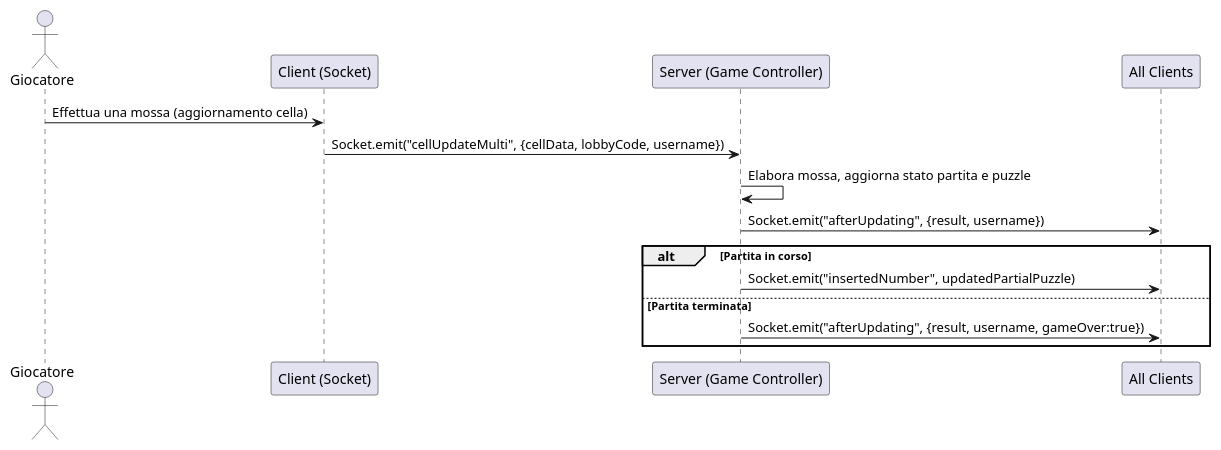
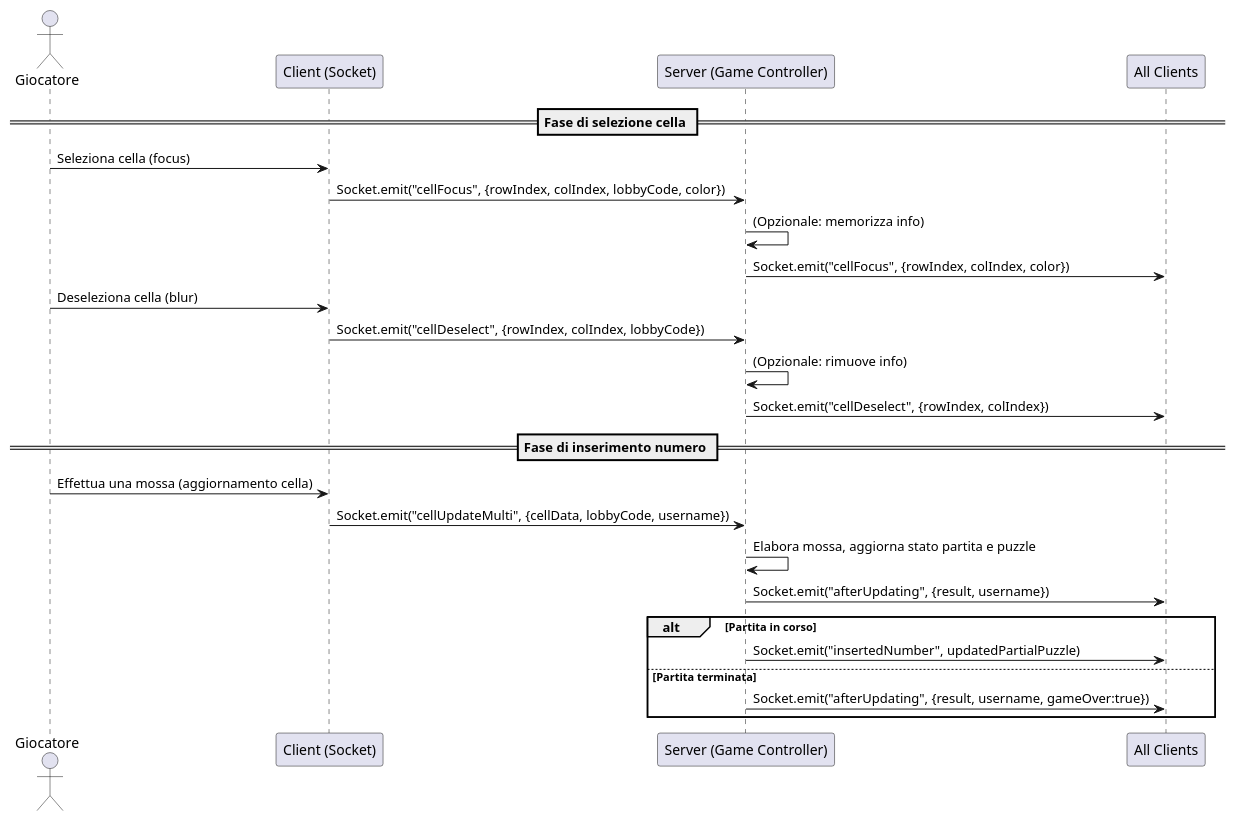
The diagram in sudokoop/UMLs/multiplayerGameFlow.puml (alexsiroli/Sudokoop), drawn with PlantUML before and after one commit. The commit also changed 1 other file, not shown here.

```diff
--- a/sudokoop/UMLs/multiplayerGameFlow.puml
+++ b/sudokoop/UMLs/multiplayerGameFlow.puml
@@ -1,16 +1,29 @@
 @startuml MultiplayerGameFlow
 actor "Giocatore" as P
 participant "Client (Socket)" as C
 participant "Server (Game Controller)" as S
 participant "All Clients" as AC
 
+== Fase di selezione cella ==
+P -> C : Seleziona cella (focus)
+C -> S : Socket.emit("cellFocus", {rowIndex, colIndex, lobbyCode, color})
+S -> S : (Opzionale: memorizza info)
+S -> AC : Socket.emit("cellFocus", {rowIndex, colIndex, color})
+
+P -> C : Deseleziona cella (blur)
+C -> S : Socket.emit("cellDeselect", {rowIndex, colIndex, lobbyCode})
+S -> S : (Opzionale: rimuove info)
+S -> AC : Socket.emit("cellDeselect", {rowIndex, colIndex})
+
+== Fase di inserimento numero ==
 P -> C : Effettua una mossa (aggiornamento cella)
 C -> S : Socket.emit("cellUpdateMulti", {cellData, lobbyCode, username})
 S -> S : Elabora mossa, aggiorna stato partita e puzzle
 S -> AC : Socket.emit("afterUpdating", {result, username})
+
 alt Partita in corso
     S -> AC : Socket.emit("insertedNumber", updatedPartialPuzzle)
 else Partita terminata
     S -> AC : Socket.emit("afterUpdating", {result, username, gameOver:true})
 end
 @enduml
```
